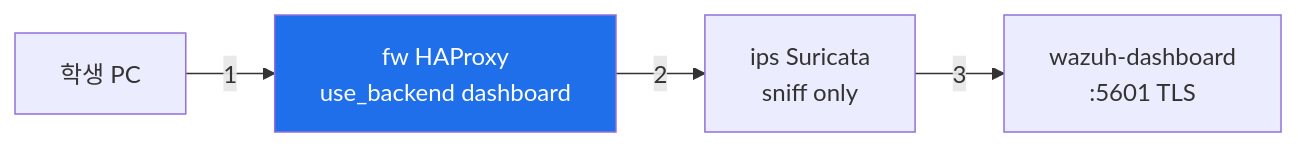
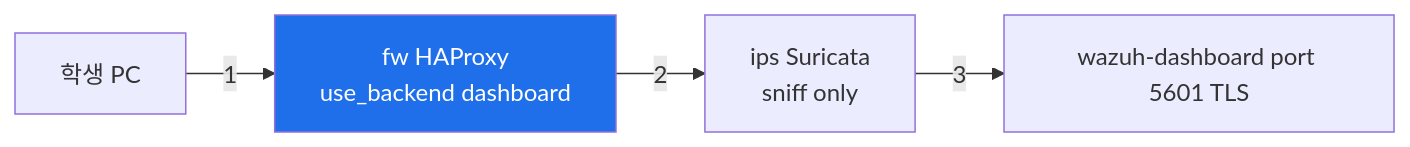
Before and after one commit to mrgrit/ccc: the eighth of 10 diagrams in contents/standalone/lecture/secuops/week01.md, drawn with Mermaid. The commit also changed other lines of this file and 3 other files, not shown here.

First line of the commit message:
fix(ui): mermaid 렌더링 보강 (securityLevel loose + setTimeout) + W01 mermaid syntax + W02 재작성

````diff
--- a/contents/standalone/lecture/secuops/week01.md
+++ b/contents/standalone/lecture/secuops/week01.md
@@ -460,7 +460,7 @@
 ```mermaid
 graph LR
     SP[학생 PC] -->|1| FW[fw HAProxy<br/>use_backend dashboard]
     FW -->|2| IPS[ips Suricata<br/>sniff only]
-    IPS -->|3| DASH[wazuh-dashboard<br/>:5601 TLS]
+    IPS -->|3| DASH["wazuh-dashboard port 5601 TLS"]
     style FW fill:#1f6feb,color:#fff
 ```
````
